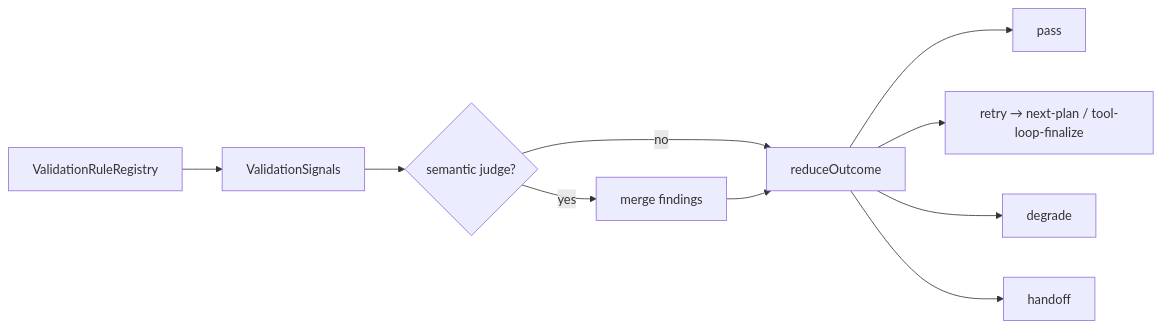
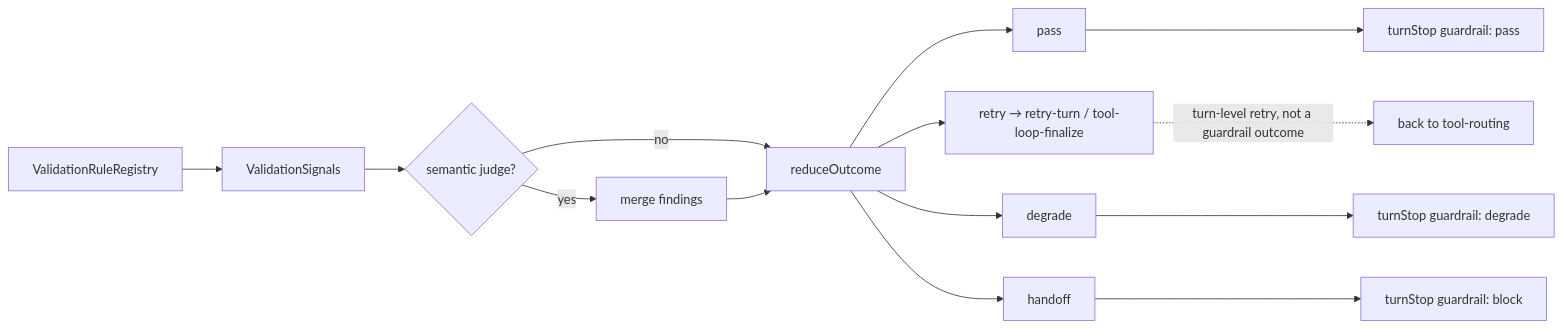
The seventh of 7 diagrams in docs/architecture/pipeline-phases.md (dangaogit/tachu), drawn with Mermaid before and after one commit. The commit also changed other lines of this file and 103 other files, not shown here.

````diff
--- a/docs/architecture/pipeline-phases.md
+++ b/docs/architecture/pipeline-phases.md
@@ -377,12 +312,16 @@
 ```mermaid
 flowchart LR
     Findings[ValidationRuleRegistry] --> Signals[ValidationSignals]
     Signals --> Judge{semantic judge?}
     Judge -->|yes| Merge[merge findings]
     Judge -->|no| Reduce
     Merge --> Reduce[reduceOutcome]
     Reduce --> Pass[pass]
-    Reduce --> Retry[retry → next-plan / tool-loop-finalize]
+    Reduce --> Retry[retry → retry-turn / tool-loop-finalize]
     Reduce --> Degrade[degrade]
     Reduce --> Handoff[handoff]
+    Pass --> Guard[turnStop guardrail: pass]
+    Degrade --> GuardD[turnStop guardrail: degrade]
+    Handoff --> GuardB[turnStop guardrail: block]
+    Retry -.turn-level retry, not a guardrail outcome.-> RetryLoop[back to tool-routing]
 ```
````
